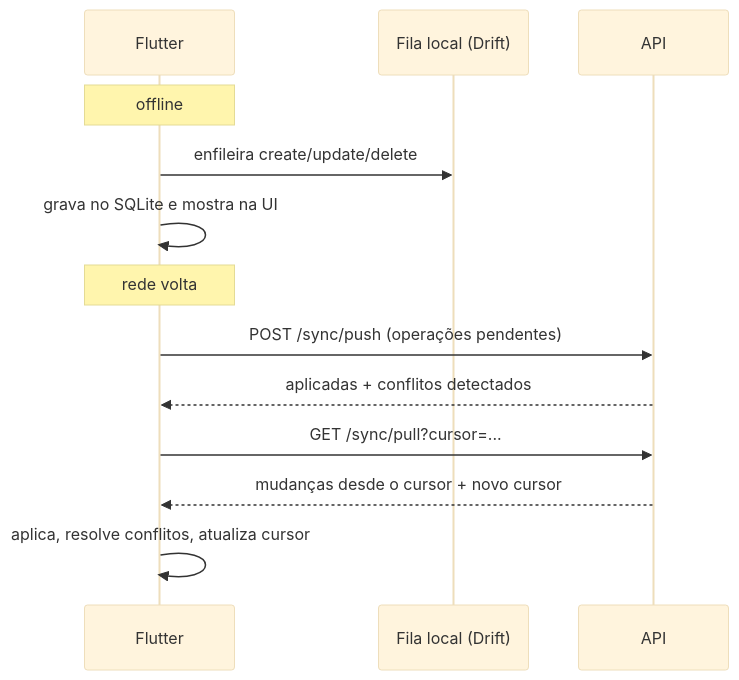
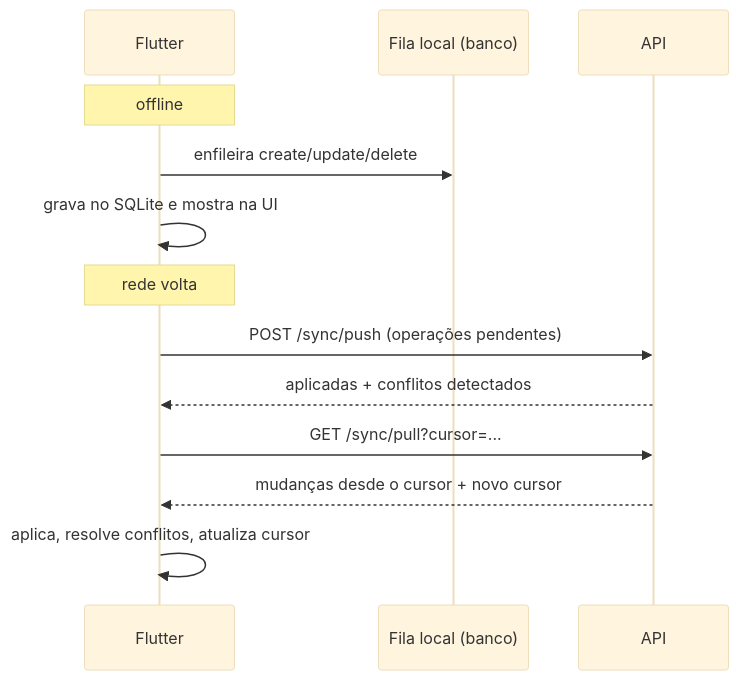
The fifth of 5 diagrams in docs/architecture/overview.md (AntonioAndradeGomes/my_notes), drawn with Mermaid (base theme) before and after one commit. The commit also changed other lines of this file and 12 other files, not shown here.

````diff
--- a/docs/architecture/overview.md
+++ b/docs/architecture/overview.md
@@ -143,17 +143,17 @@
 ```mermaid
 sequenceDiagram
     participant App as Flutter
-    participant Q as Fila local (Drift)
+    participant Q as Fila local (banco)
     participant A as API
 
     Note over App: offline
     App->>Q: enfileira create/update/delete
     App->>App: grava no SQLite e mostra na UI
 
     Note over App: rede volta
     App->>A: POST /sync/push (operações pendentes)
     A-->>App: aplicadas + conflitos detectados
     App->>A: GET /sync/pull?cursor=...
     A-->>App: mudanças desde o cursor + novo cursor
     App->>App: aplica, resolve conflitos, atualiza cursor
 ```
````
